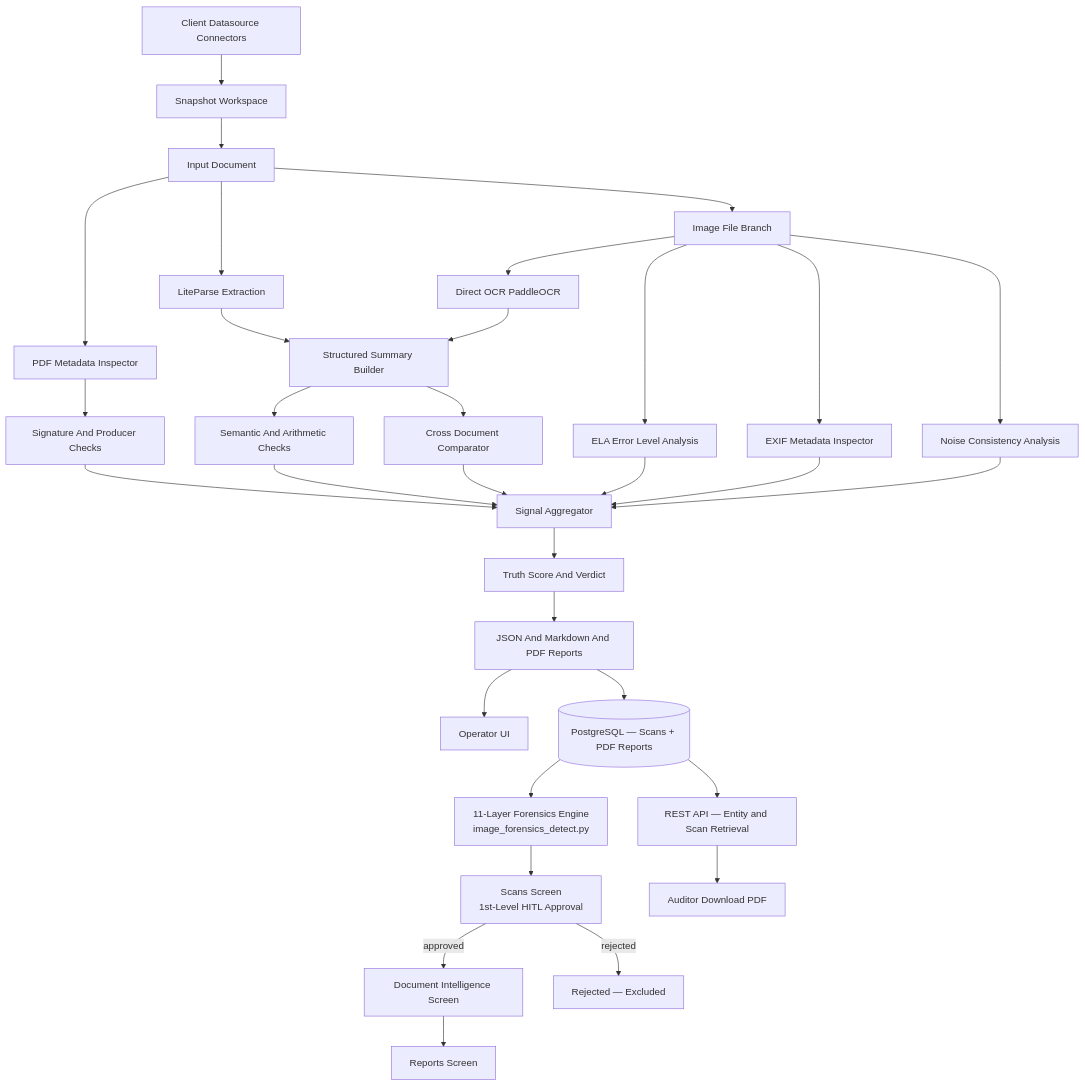
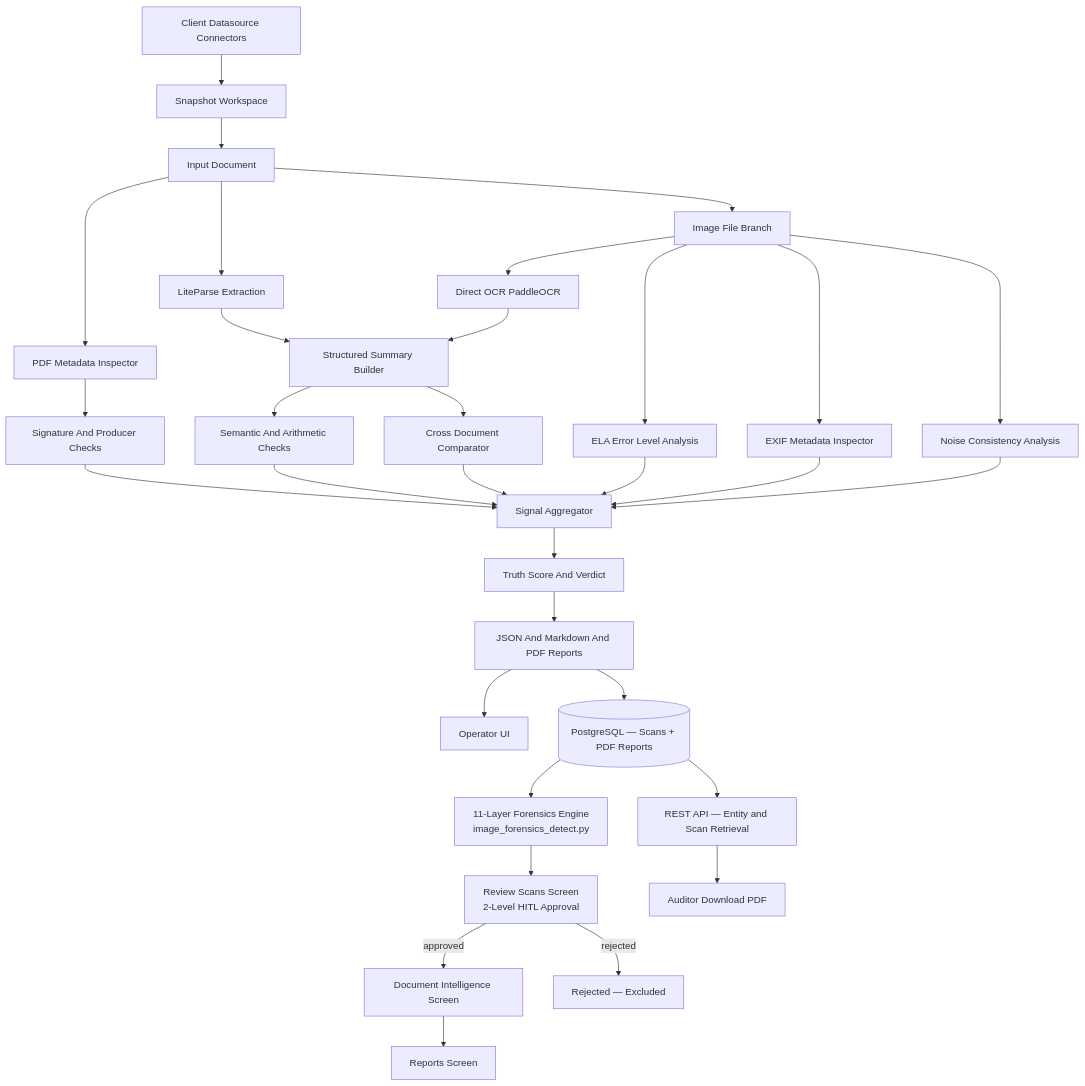
Before and after one commit to maluskarhrishikesh-afk/BaseTruth: the first of 2 diagrams in docs/ARCHITECTURE.md, drawn with Mermaid. The commit also changed other lines of this file and 48 other files, not shown here.

````diff
--- a/docs/ARCHITECTURE.md
+++ b/docs/ARCHITECTURE.md
@@ -7,34 +7,34 @@
 ```mermaid
 flowchart TD
   A[Input Document] --> B[PDF Metadata Inspector]
   A --> C[LiteParse Extraction]
   A --> IMG[Image File Branch]
   IMG --> IMGOCR[Direct OCR PaddleOCR]
   IMG --> ELA[ELA Error Level Analysis]
   IMG --> EXIF[EXIF Metadata Inspector]
   IMG --> NOISE[Noise Consistency Analysis]
   X[Client Datasource Connectors] --> Y[Snapshot Workspace]
   Y --> A
   C --> D[Structured Summary Builder]
   D --> E[Semantic And Arithmetic Checks]
   B --> F[Signature And Producer Checks]
   D --> G[Cross Document Comparator]
   IMGOCR --> D
   ELA --> H[Signal Aggregator]
   EXIF --> H
   NOISE --> H
   E --> H
   F --> H
   G --> H
   H --> I[Truth Score And Verdict]
   I --> J[JSON And Markdown And PDF Reports]
   J --> K[Operator UI]
   J --> DB[(PostgreSQL — Scans + PDF Reports)]
   DB --> FORENSICS[11-Layer Forensics Engine\nimage_forensics_detect.py]
-  FORENSICS --> SCANS_REVIEW[Scans Screen\n1st-Level HITL Approval]
+  FORENSICS --> SCANS_REVIEW[Review Scans Screen\n2-Level HITL Approval]
   SCANS_REVIEW -->|approved| DI[Document Intelligence Screen]
   SCANS_REVIEW -->|rejected| REJECTED[Rejected — Excluded]
   DI --> REPORTS[Reports Screen]
   DB --> API[REST API — Entity and Scan Retrieval]
   API --> AUD[Auditor Download PDF]
 ```
````
